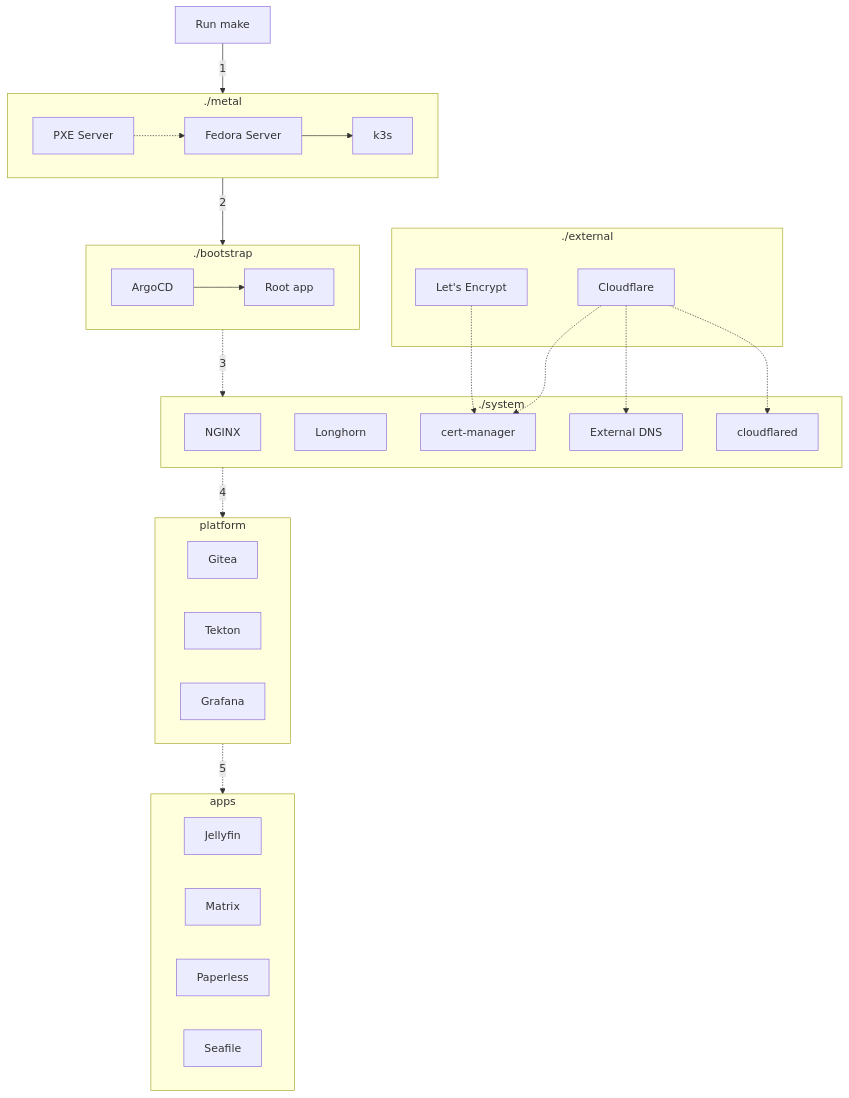
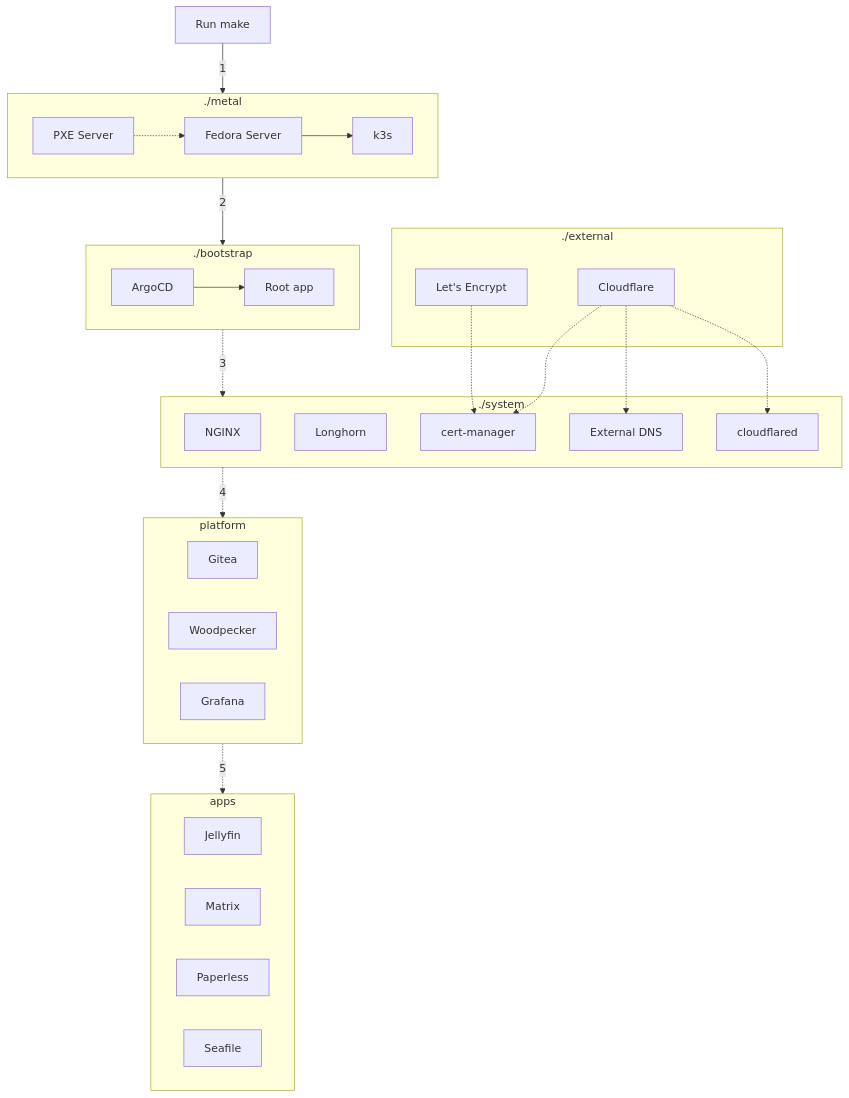
One commit to khuedoan/homelab changed the diagram in docs/reference/architecture/overview.md. Above: the diagram before and after it, drawn with Mermaid. The commit also changed 19 other files, not shown here.

````diff
--- a/docs/reference/architecture/overview.md
+++ b/docs/reference/architecture/overview.md
@@ -54,43 +54,43 @@
 ```mermaid
 flowchart TD
   subgraph metal[./metal]
     pxe[PXE Server] -.-> linux[Fedora Server] --> k3s
   end
 
   subgraph bootstrap[./bootstrap]
     argocd[ArgoCD] --> rootapp[Root app]
   end
 
   subgraph system[./system]
     nginx[NGINX]
     longhorn[Longhorn]
     cert-manager
     external-dns[External DNS]
     cloudflared
   end
 
   subgraph external[./external]
     letsencrypt[Let's Encrypt]
     cloudflare[Cloudflare]
   end
 
   letsencrypt -.-> cert-manager
   cloudflare -.-> cert-manager
   cloudflare -.-> external-dns
   cloudflare -.-> cloudflared
 
   subgraph platform
     Gitea
-    Tekton
+    Woodpecker
     Grafana
   end
 
   subgraph apps
     jellyfin[Jellyfin]
     matrix[Matrix]
     paperless[Paperless]
     seafile[Seafile]
   end
 
   make[Run make] -- 1 --> metal -- 2 --> bootstrap -. 3 .-> system -. 4 .-> platform -. 5 .-> apps
 ```
````
